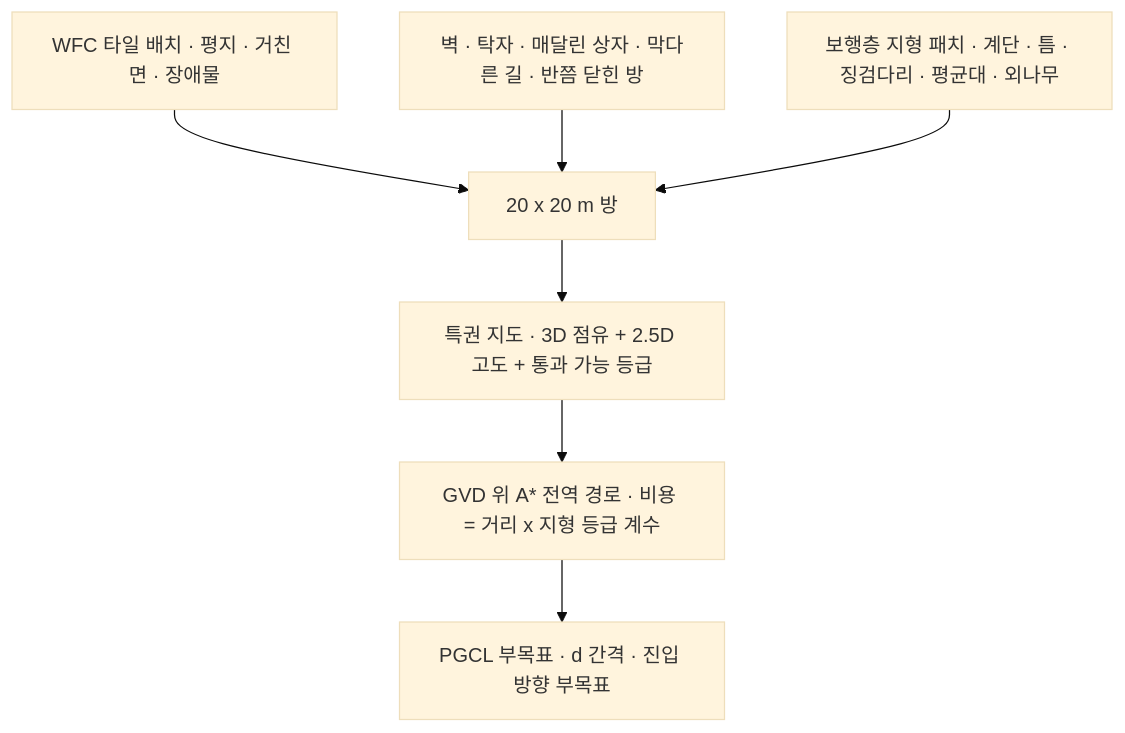
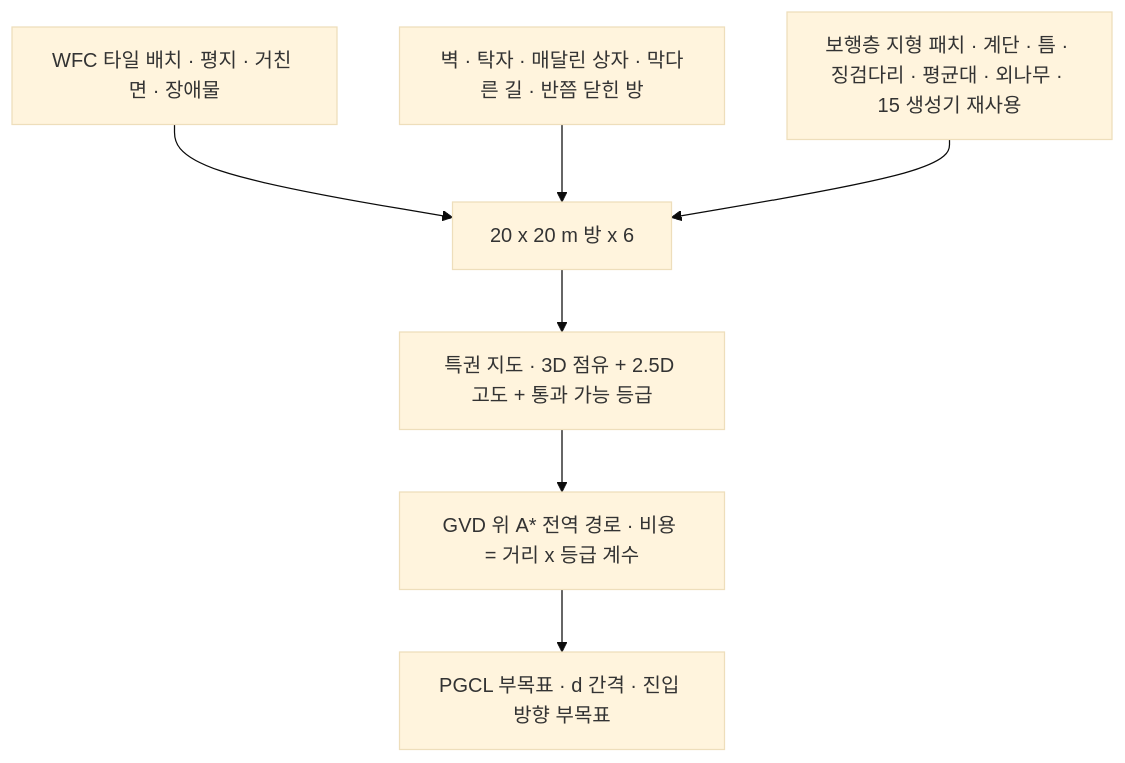
Before and after one commit to foothold-project/foothold-lab: the diagram in inbox/jay/20261019-design/22-NAV-ENV.md, drawn with Mermaid (base theme). The commit also changed other lines of this file and 25 other files, not shown here.

````diff
--- a/inbox/jay/20261019-design/22-NAV-ENV.md
+++ b/inbox/jay/20261019-design/22-NAV-ENV.md
@@ -15,9 +19,9 @@
 ```mermaid
 flowchart TB
-  WFC[WFC 타일 배치 · 평지 · 거친 면 · 장애물] --> ROOM[20 x 20 m 방]
+  WFC[WFC 타일 배치 · 평지 · 거친 면 · 장애물] --> ROOM[20 x 20 m 방 x 6]
   OBS[벽 · 탁자 · 매달린 상자 · 막다른 길 · 반쯤 닫힌 방] --> ROOM
-  LOCO[보행층 지형 패치 · 계단 · 틈 · 징검다리 · 평균대 · 외나무] --> ROOM
+  LOCO[보행층 지형 패치 · 계단 · 틈 · 징검다리 · 평균대 · 외나무 · 15 생성기 재사용] --> ROOM
   ROOM --> MAP[특권 지도 · 3D 점유 + 2.5D 고도 + 통과 가능 등급]
-  MAP --> GVD[GVD 위 A* 전역 경로 · 비용 = 거리 x 지형 등급 계수]
+  MAP --> GVD[GVD 위 A* 전역 경로 · 비용 = 거리 x 등급 계수]
   GVD --> PGCL[PGCL 부목표 · d 간격 · 진입 방향 부목표]
 ```
````
